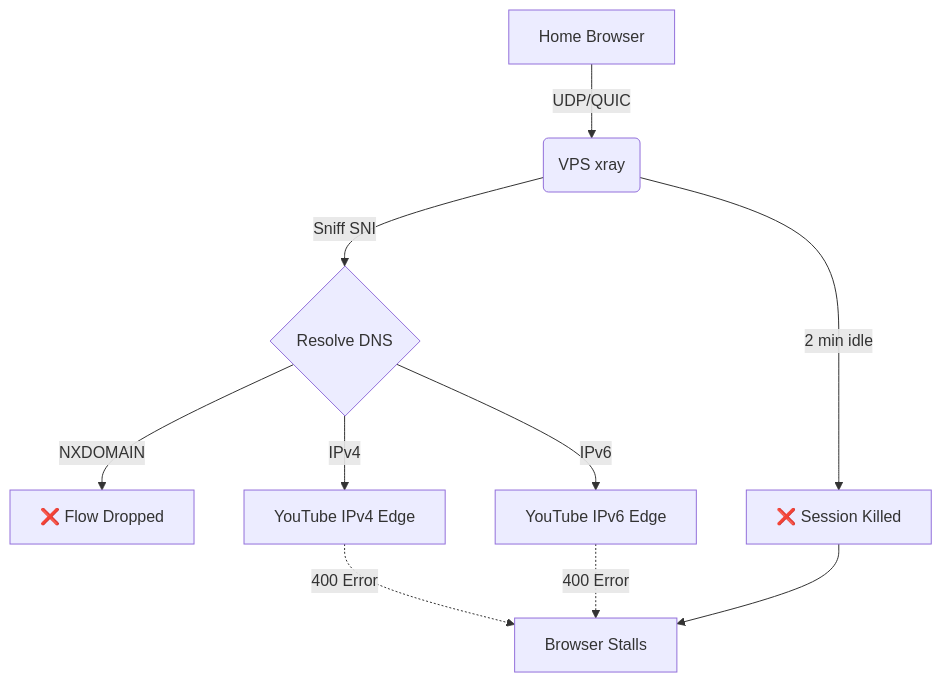
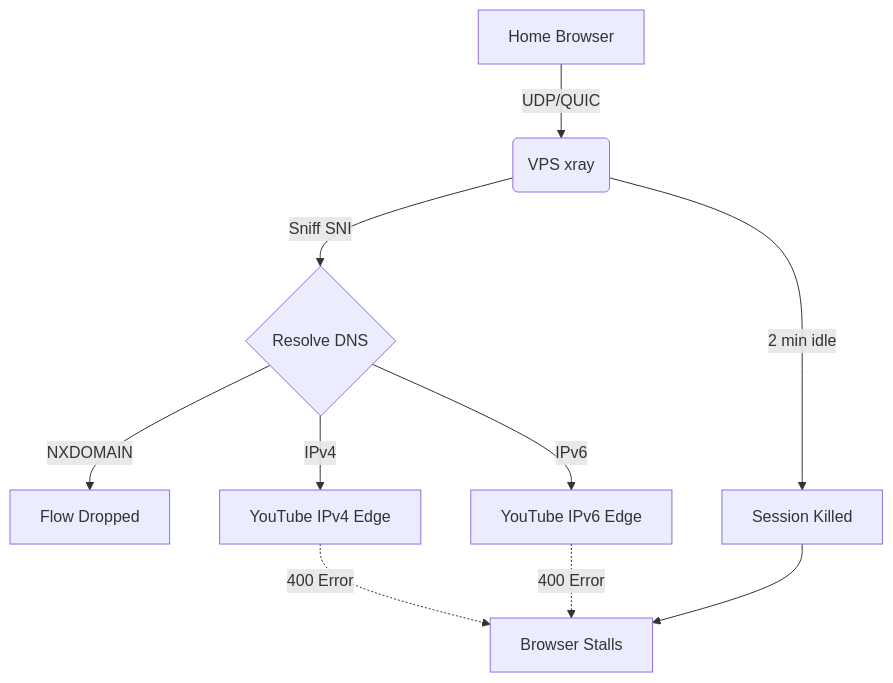
The first of 2 diagrams in README.md (cddeppe/Xray-core), drawn with Mermaid before and after one commit. The commit also changed other lines of this file, not shown here.

````diff
--- a/README.md
+++ b/README.md
@@ -70,12 +97,12 @@
 ```mermaid
 graph TD
     A[Home Browser] -->|UDP/QUIC| B(VPS xray)
     B -->|Sniff SNI| C{Resolve DNS}
-    C -->|NXDOMAIN| D[❌ Flow Dropped]
+    C -->|NXDOMAIN| D[Flow Dropped]
     C -->|IPv4| E[YouTube IPv4 Edge]
     C -->|IPv6| F[YouTube IPv6 Edge]
     E -.->|400 Error| G[Browser Stalls]
     F -.->|400 Error| G
-    B -->|2 min idle| H[❌ Session Killed]
+    B -->|2 min idle| H[Session Killed]
     H --> G
 ```
````
